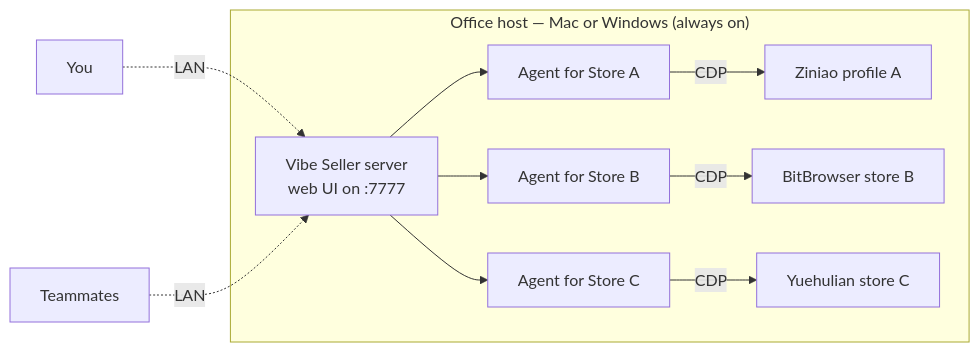
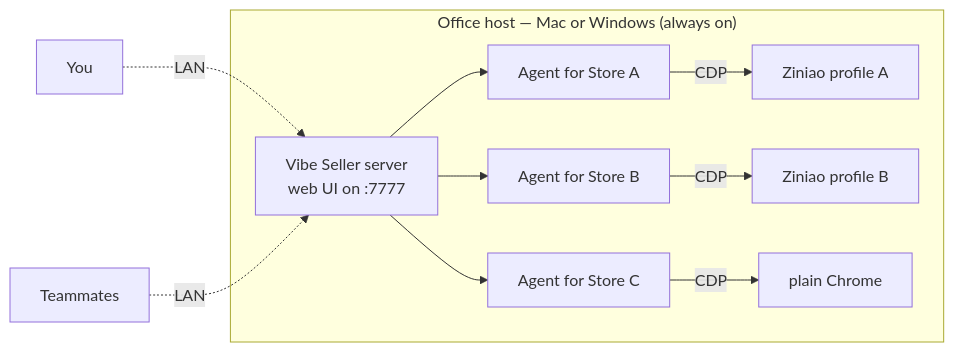
The diagram in README_en.md (zpoint/vibe-seller), drawn with Mermaid before and after one commit. The commit also changed 3 other files, not shown here.

First line of the commit message:
docs: the homepage diagram goes back to two Ziniao stores and one Chrome

````diff
--- a/README_en.md
+++ b/README_en.md
@@ -49,14 +49,14 @@
 ```mermaid
 flowchart LR
     U1[You] -.LAN.-> S
     U2[Teammates] -.LAN.-> S
     subgraph OfficeHost["Office host — Mac or Windows (always on)"]
         S[Vibe Seller server<br/>web UI on :7777]
         S --> A1[Agent for Store A]
         S --> A2[Agent for Store B]
         S --> A3[Agent for Store C]
         A1 -->|CDP| Z1[Ziniao profile A]
-        A2 -->|CDP| Z2[BitBrowser store B]
-        A3 -->|CDP| Z3[Yuehulian store C]
+        A2 -->|CDP| Z2[Ziniao profile B]
+        A3 -->|CDP| Z3[plain Chrome]
     end
 ```
````
